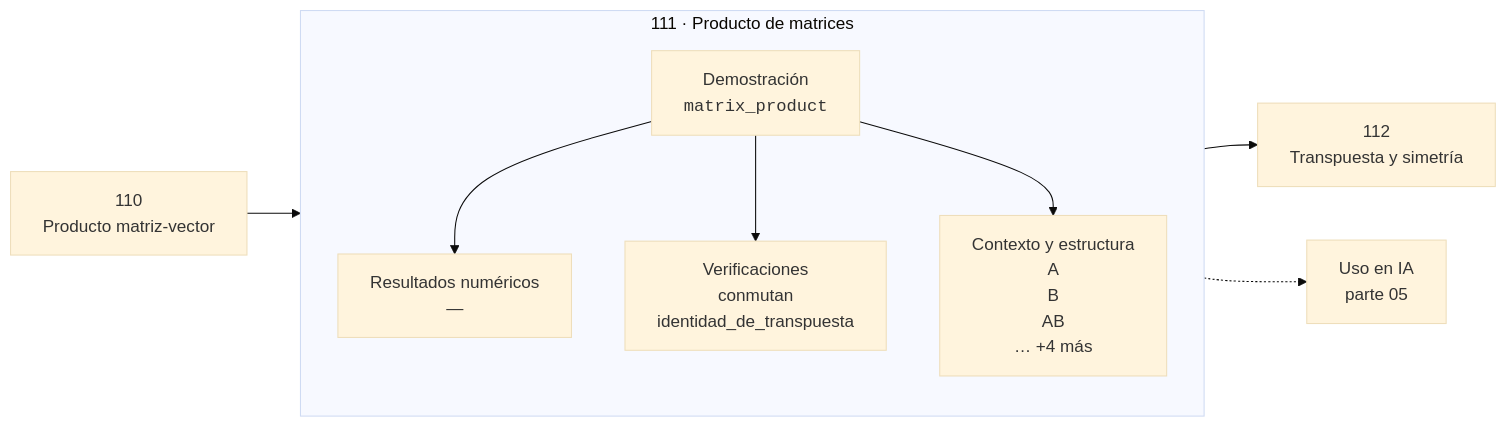
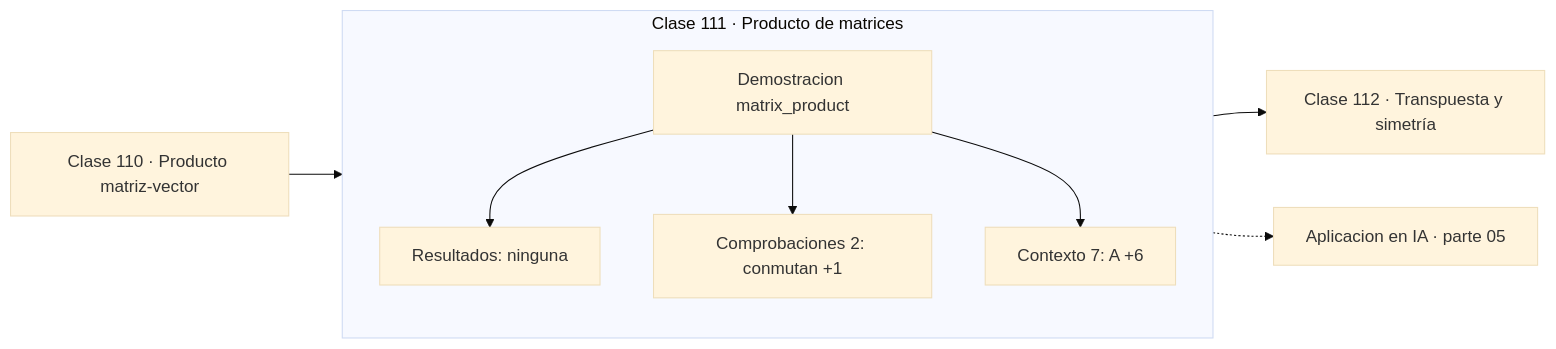
One commit to vladimiracunadev-create/computational-mathematics-program changed the diagram in classes/part-05-algebra-lineal-i-vectores-y-matrices/111-producto-de-matrices/README.md. Above: the diagram before and after it, drawn with Mermaid (base theme). The commit also changed 389 other files, not shown here.

First line of the commit message:
fix(diagramas): elimina el HTML de las etiquetas Mermaid

````diff
--- a/classes/part-05-algebra-lineal-i-vectores-y-matrices/111-producto-de-matrices/README.md
+++ b/classes/part-05-algebra-lineal-i-vectores-y-matrices/111-producto-de-matrices/README.md
@@ -30,12 +30,13 @@
 ```mermaid
 flowchart LR
-    P["110<br/>Producto matriz-vector"] --> C
-    subgraph C["111 · Producto de matrices"]
+    P["Clase 110 · Producto matriz-vector"] --> D
+    subgraph CLASE["Clase 111 · Producto de matrices"]
         direction TB
-        D["Demostración<br/><code>matrix_product</code>"] --> R["Resultados numéricos<br/>—"]
-        D --> V["Verificaciones<br/>conmutan<br/>identidad_de_transpuesta"]
-        D --> O["Contexto y estructura<br/>A<br/>B<br/>AB<br/>… +4 más"]
+        D["Demostracion matrix_product"]
+        D --> R["Resultados: ninguna"]
+        D --> V["Comprobaciones 2: conmutan +1"]
+        D --> O["Contexto 7: A +6"]
     end
-    C --> N["112<br/>Transpuesta y simetría"]
-    C -.-> IA["Uso en IA<br/>parte 05"]
+    R --> N["Clase 112 · Transpuesta y simetría"]
+    V -.-> IA["Aplicacion en IA · parte 05"]
 ```
````
